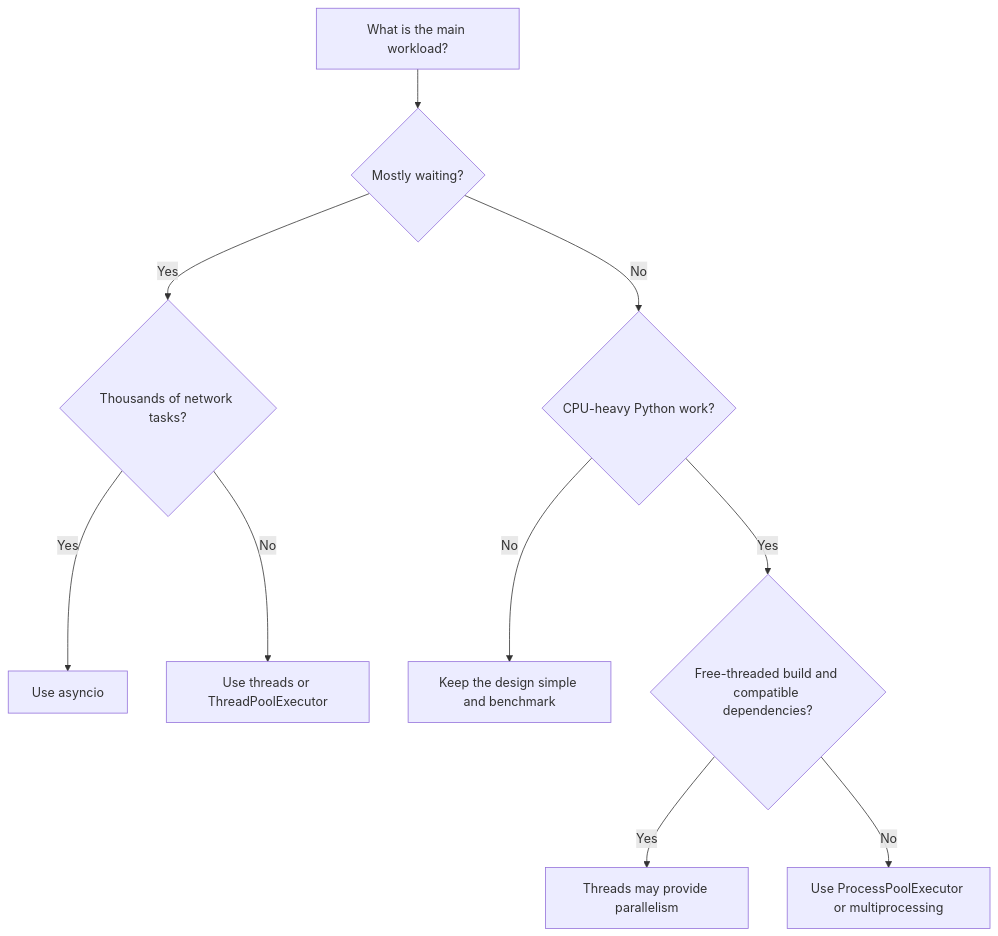
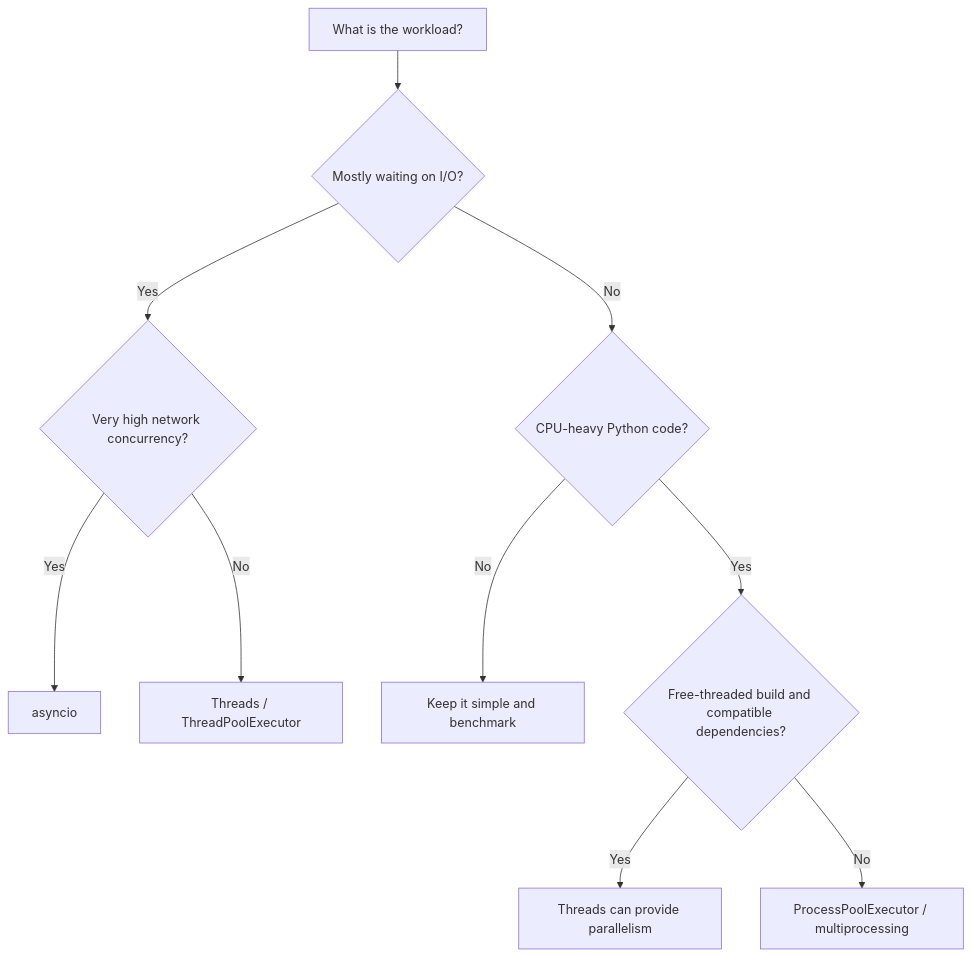
One commit to AvadhBhalodiya/Interview-Preparation changed the third of 3 diagrams in src/content/python/gil.md. Above: the diagram before and after it, drawn with Mermaid. The commit also changed other lines of this file and 80 other files, not shown here.

````diff
--- a/src/content/python/gil.md
+++ b/src/content/python/gil.md
@@ -675,15 +258,13 @@
 ```mermaid
 flowchart TD
-    A[What is the main workload?] --> B{Mostly waiting?}
+    A[What is the workload?] --> B{Mostly waiting on I/O?}
+    B -- Yes --> C{Very high network concurrency?}
+    C -- Yes --> D[asyncio]
+    C -- No --> E[Threads / ThreadPoolExecutor]
 
-    B -- Yes --> C{Thousands of network tasks?}
-    C -- Yes --> D[Use asyncio]
-    C -- No --> E[Use threads or ThreadPoolExecutor]
-
-    B -- No --> F{CPU-heavy Python work?}
-    F -- No --> G[Keep the design simple and benchmark]
+    B -- No --> F{CPU-heavy Python code?}
+    F -- No --> G[Keep it simple and benchmark]
     F -- Yes --> H{Free-threaded build and compatible dependencies?}
-
-    H -- Yes --> I[Threads may provide parallelism]
-    H -- No --> J[Use ProcessPoolExecutor or multiprocessing]
+    H -- Yes --> I[Threads can provide parallelism]
+    H -- No --> J[ProcessPoolExecutor / multiprocessing]
 ```
````
